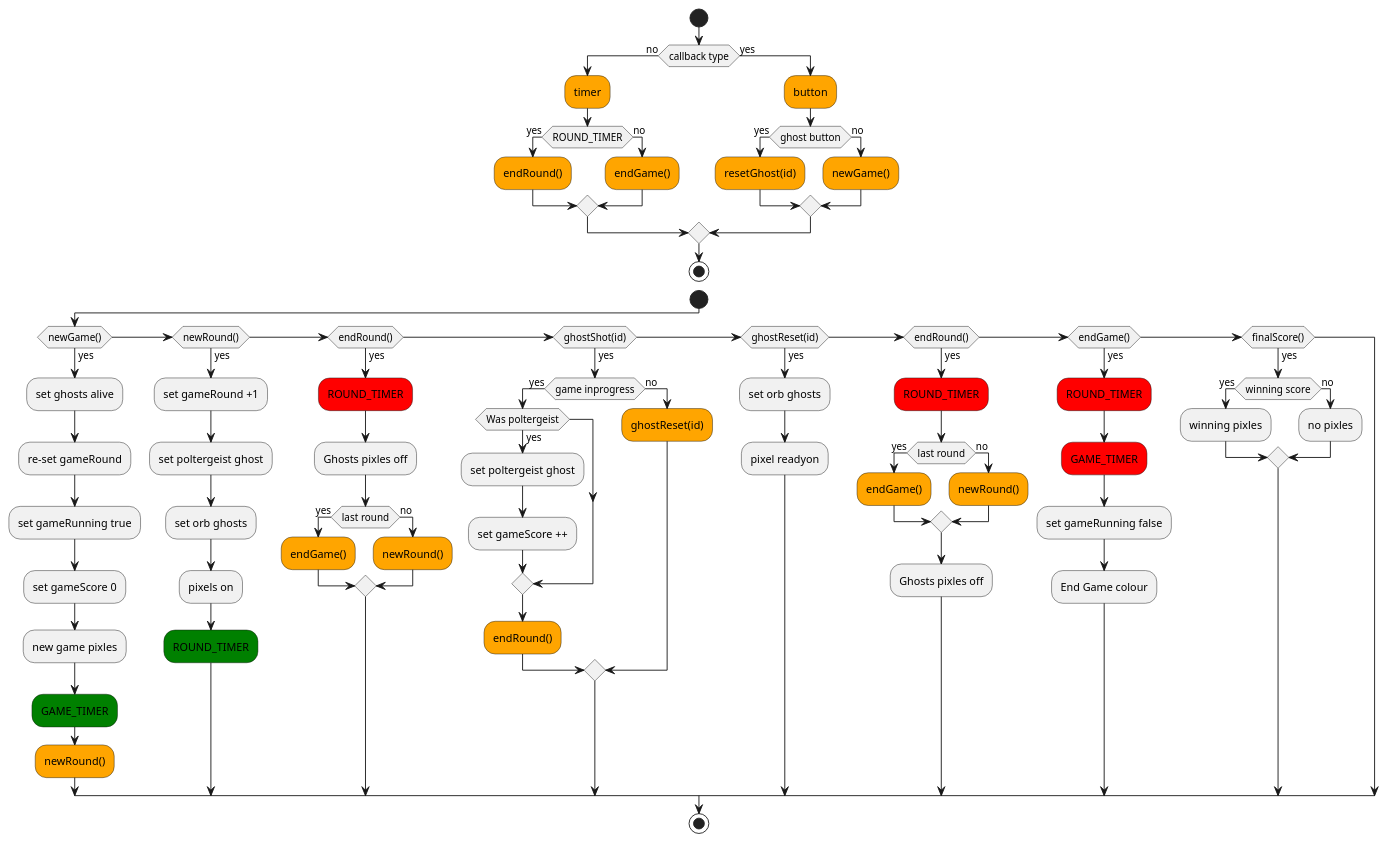
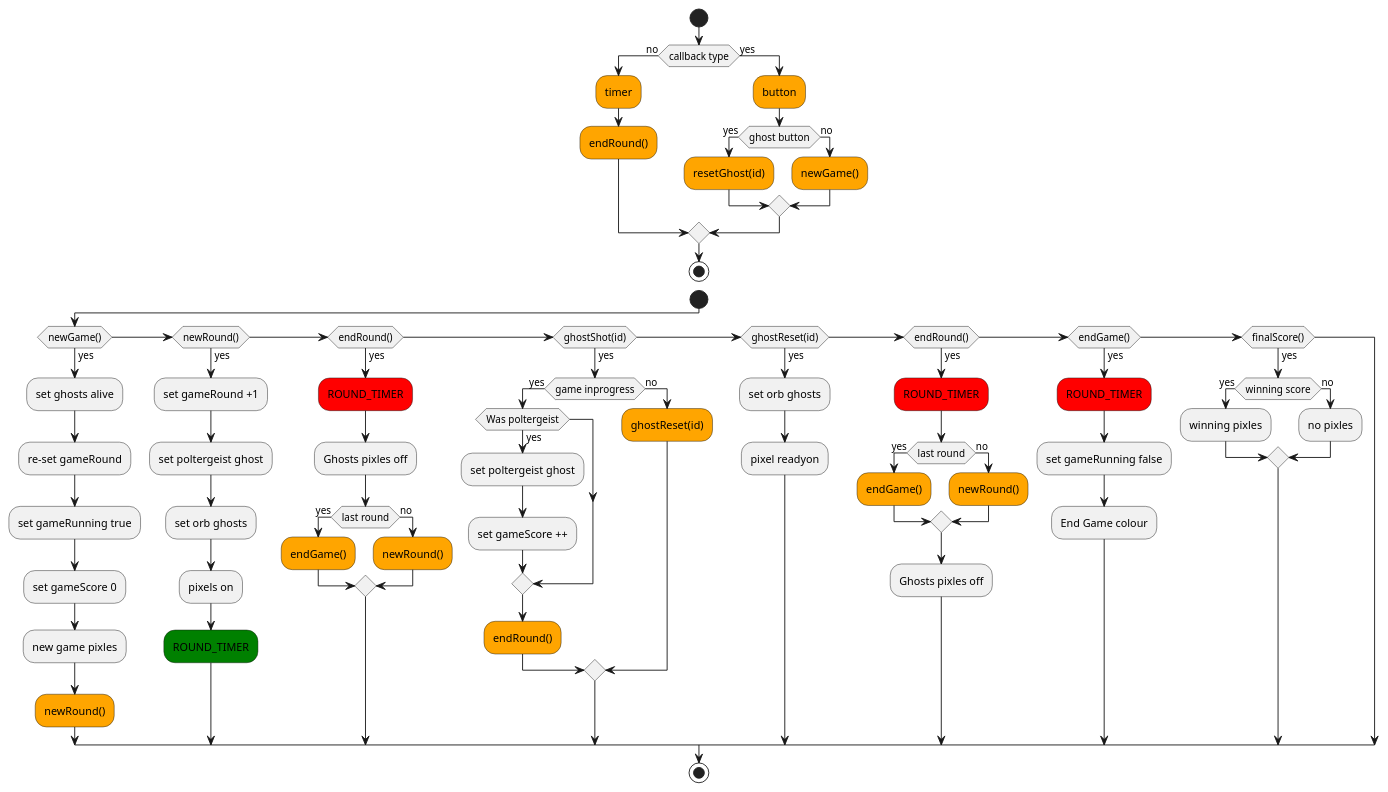
Before and after one commit to chrisjoyce911/halloween-ghostfire: the diagram in flow.puml, drawn with PlantUML. The commit also changed 1 other file, not shown here.

Commit message:
Removed un needed game timer

```diff
--- a/flow.puml
+++ b/flow.puml
@@ -1,90 +1,82 @@
 @startuml ghostfire
-
-
 
 start
 
 if (callback type) then (no)
   #Orange:timer;
-  if (ROUND_TIMER) then (yes)
-    #Orange:endRound();
-  else (no)
-    #Orange:endGame();
-  endif
+  #Orange:endRound();
   else (yes)
   #Orange:button;
   if (ghost button) then (yes)
  #Orange:resetGhost(id);
   else (no)
   #Orange:newGame();
   endif
 endif
 stop
 
 
 start
 if (newGame()) then (yes)
   :set ghosts alive;
   :re-set gameRound;
   :set gameRunning true;
   :set gameScore 0;
   :new game pixles;
-  #Green:GAME_TIMER;
   #Orange:newRound();
 
 elseif (newRound()) then (yes)
   :set gameRound +1;
   :set poltergeist ghost;
   :set orb ghosts;
   :pixels on;
   #Green:ROUND_TIMER;
 
 elseif (endRound()) then (yes)
   #Red:ROUND_TIMER;
   :Ghosts pixles off;
   if (last round) then (yes)
     #Orange:endGame();
   else (no)
     #Orange:newRound();
   endif
 
 elseif (ghostShot(id)) then (yes)
     if (game inprogress) then (yes)
       if (Was poltergeist) then (yes)
         :set poltergeist ghost;
         :set gameScore ++;
       endif
     #Orange:endRound();
     else (no)
       #Orange:ghostReset(id);
     endif
 
 elseif (ghostReset(id)) then (yes)
     :set orb ghosts;
     :pixel readyon;
 
 elseif (endRound()) then (yes)
   #Red:ROUND_TIMER;
   if (last round) then (yes)
     #Orange:endGame();
   else (no)
     #Orange:newRound();
   endif
   :Ghosts pixles off;
 
 elseif (endGame()) then (yes)
   #Red:ROUND_TIMER;
-  #Red:GAME_TIMER;
   :set gameRunning false;
   :End Game colour;
 
 elseif (finalScore()) then (yes)
   if (winning score) then (yes)
     :winning pixles;
   else (no)
     :no pixles;
   endif
 
 endif
 stop
 @enduml
```
